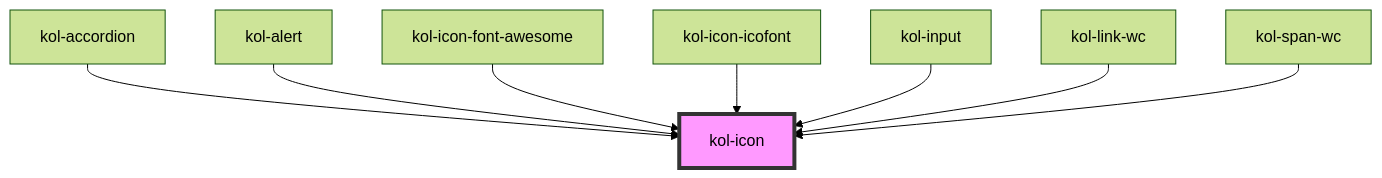
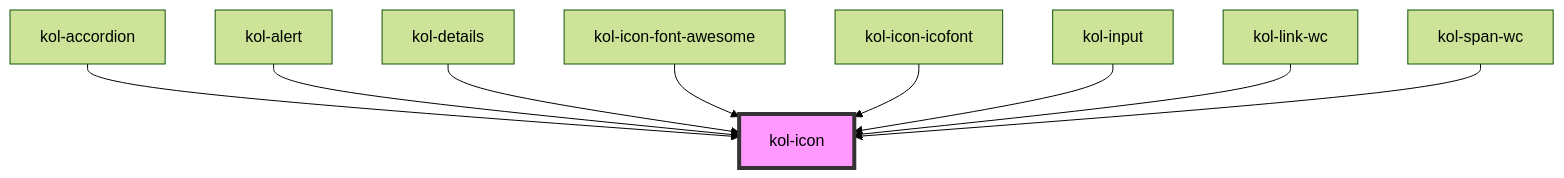
Before and after one commit to public-ui/kolibri: the diagram in packages/library/src/components/icon/readme.md, drawn with Mermaid (forest theme). The commit also changed other lines of this file and 7 other files, not shown here.

````diff
--- a/packages/library/src/components/icon/readme.md
+++ b/packages/library/src/components/icon/readme.md
@@ -89,11 +90,12 @@
 ```mermaid
 graph TD;
   kol-accordion --> kol-icon
   kol-alert --> kol-icon
+  kol-details --> kol-icon
   kol-icon-font-awesome --> kol-icon
   kol-icon-icofont --> kol-icon
   kol-input --> kol-icon
   kol-link-wc --> kol-icon
   kol-span-wc --> kol-icon
   style kol-icon fill:#f9f,stroke:#333,stroke-width:4px
 ```
````
